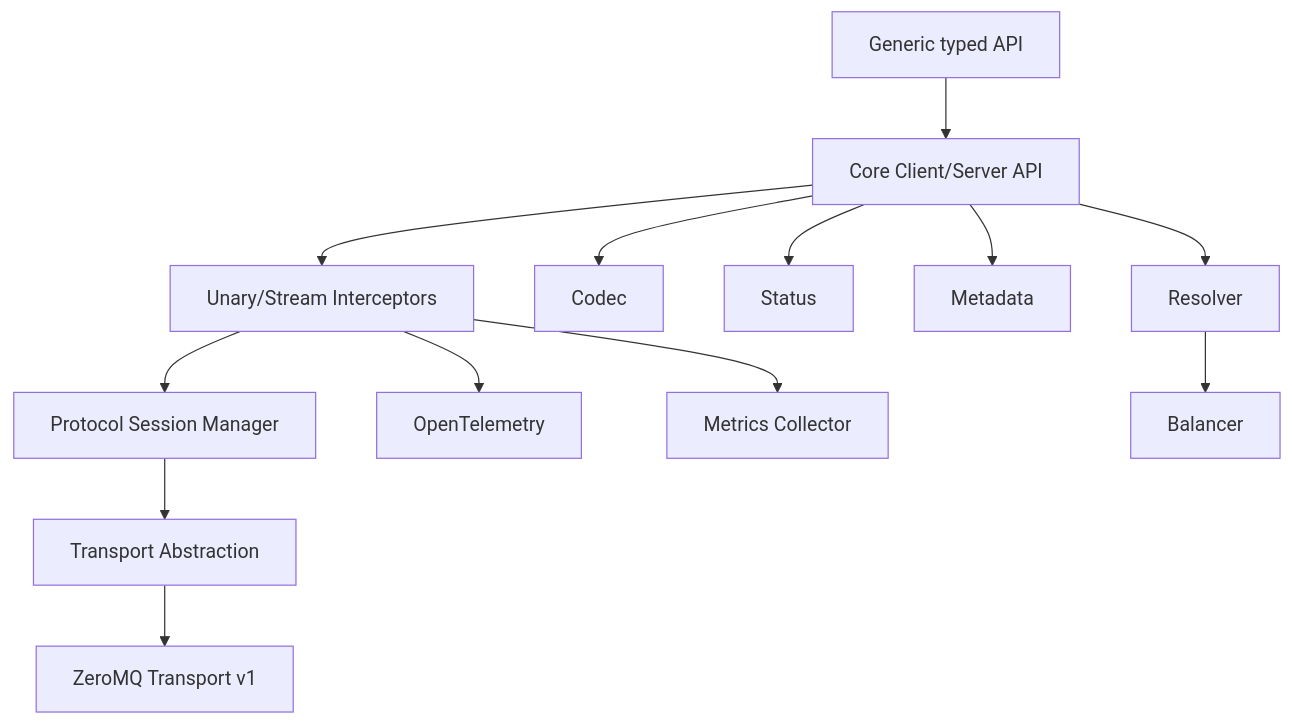
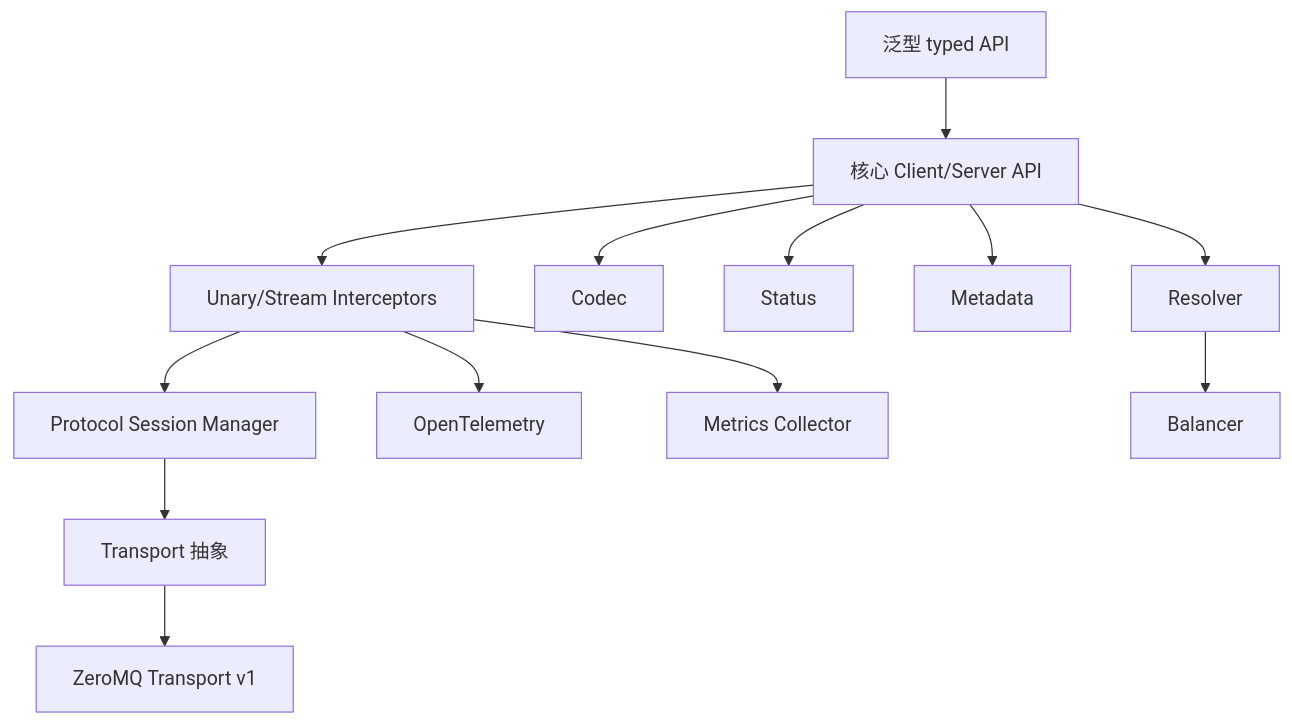
One commit to hunyxv/zrpc changed the diagram in docs/superpowers/specs/2026-07-10-zrpc-core-redesign-design.md. Above: the diagram before and after it, drawn with Mermaid. The commit also changed other lines of this file, not shown here.

````diff
--- a/docs/superpowers/specs/2026-07-10-zrpc-core-redesign-design.md
+++ b/docs/superpowers/specs/2026-07-10-zrpc-core-redesign-design.md
@@ -130,16 +130,16 @@
 ```mermaid
 flowchart TD
-    Typed["Generic typed API"] --> Core["Core Client/Server API"]
+    Typed["泛型 typed API"] --> Core["核心 Client/Server API"]
     Core --> Interceptors["Unary/Stream Interceptors"]
     Interceptors --> Protocol["Protocol Session Manager"]
-    Protocol --> Transport["Transport Abstraction"]
+    Protocol --> Transport["Transport 抽象"]
     Transport --> ZMQ["ZeroMQ Transport v1"]
 
     Core --> Codec["Codec"]
     Core --> Status["Status"]
     Core --> Metadata["Metadata"]
     Interceptors --> Trace["OpenTelemetry"]
     Interceptors --> Metrics["Metrics Collector"]
     Core --> Resolver["Resolver"]
     Resolver --> Balancer["Balancer"]
 ```
````
